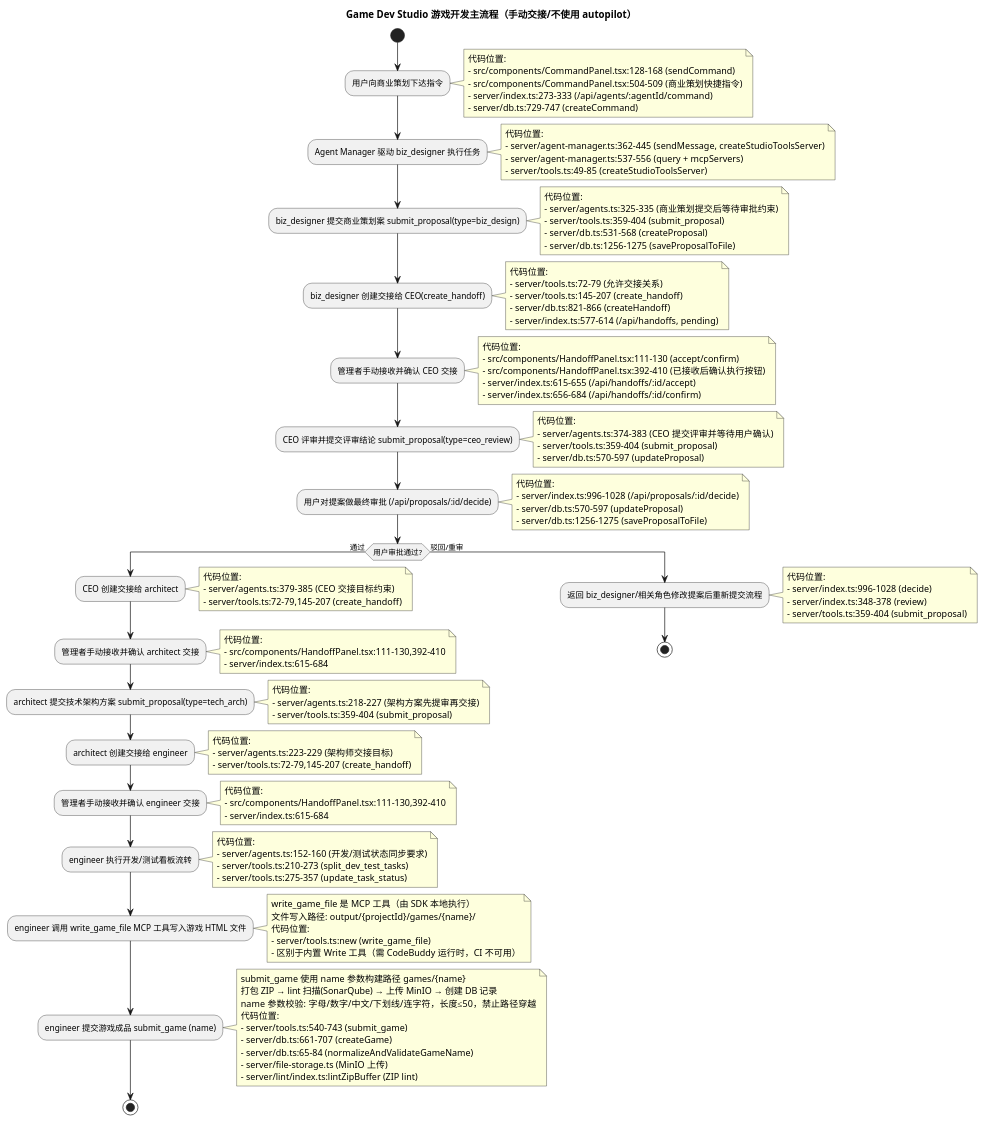
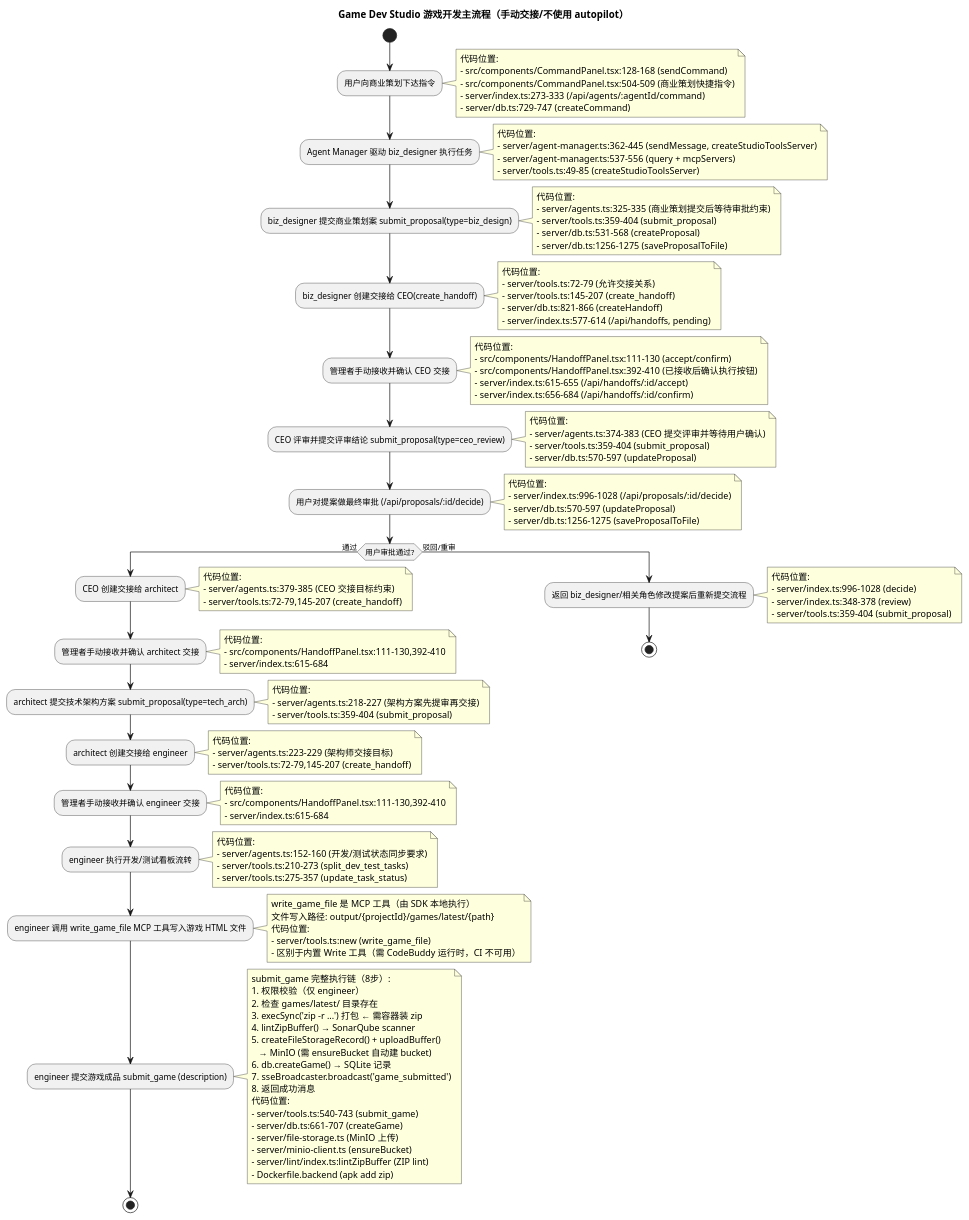
Before and after one commit to luoxiaojun1992/game-studio: the diagram in .agent/diagrams/game-dev-main-flow-manual-handoff.puml, drawn with PlantUML. The commit also changed 6 other files, not shown here.

First line of the commit message:
docs: update all docs, architecture diagrams, and sequence diagrams with latest fixes

```diff
--- a/.agent/diagrams/game-dev-main-flow-manual-handoff.puml
+++ b/.agent/diagrams/game-dev-main-flow-manual-handoff.puml
@@ -1,144 +1,152 @@
 @startuml
 title Game Dev Studio 游戏开发主流程（手动交接/不使用 autopilot）
 
 start
 
 :用户向商业策划下达指令;
 note right
   代码位置:
   - src/components/CommandPanel.tsx:128-168 (sendCommand)
   - src/components/CommandPanel.tsx:504-509 (商业策划快捷指令)
   - server/index.ts:273-333 (/api/agents/:agentId/command)
   - server/db.ts:729-747 (createCommand)
 end note
 
 :Agent Manager 驱动 biz_designer 执行任务;
 note right
   代码位置:
   - server/agent-manager.ts:362-445 (sendMessage, createStudioToolsServer)
   - server/agent-manager.ts:537-556 (query + mcpServers)
   - server/tools.ts:49-85 (createStudioToolsServer)
 end note
 
 :biz_designer 提交商业策划案 submit_proposal(type=biz_design);
 note right
   代码位置:
   - server/agents.ts:325-335 (商业策划提交后等待审批约束)
   - server/tools.ts:359-404 (submit_proposal)
   - server/db.ts:531-568 (createProposal)
   - server/db.ts:1256-1275 (saveProposalToFile)
 end note
 
 :biz_designer 创建交接给 CEO(create_handoff);
 note right
   代码位置:
   - server/tools.ts:72-79 (允许交接关系)
   - server/tools.ts:145-207 (create_handoff)
   - server/db.ts:821-866 (createHandoff)
   - server/index.ts:577-614 (/api/handoffs, pending)
 end note
 
 :管理者手动接收并确认 CEO 交接;
 note right
   代码位置:
   - src/components/HandoffPanel.tsx:111-130 (accept/confirm)
   - src/components/HandoffPanel.tsx:392-410 (已接收后确认执行按钮)
   - server/index.ts:615-655 (/api/handoffs/:id/accept)
   - server/index.ts:656-684 (/api/handoffs/:id/confirm)
 end note
 
 :CEO 评审并提交评审结论 submit_proposal(type=ceo_review);
 note right
   代码位置:
   - server/agents.ts:374-383 (CEO 提交评审并等待用户确认)
   - server/tools.ts:359-404 (submit_proposal)
   - server/db.ts:570-597 (updateProposal)
 end note
 
 :用户对提案做最终审批 (/api/proposals/:id/decide);
 note right
   代码位置:
   - server/index.ts:996-1028 (/api/proposals/:id/decide)
   - server/db.ts:570-597 (updateProposal)
   - server/db.ts:1256-1275 (saveProposalToFile)
 end note
 
 if (用户审批通过?) then (通过)
   :CEO 创建交接给 architect;
   note right
     代码位置:
     - server/agents.ts:379-385 (CEO 交接目标约束)
     - server/tools.ts:72-79,145-207 (create_handoff)
   end note
 
   :管理者手动接收并确认 architect 交接;
   note right
     代码位置:
     - src/components/HandoffPanel.tsx:111-130,392-410
     - server/index.ts:615-684
   end note
 
   :architect 提交技术架构方案 submit_proposal(type=tech_arch);
   note right
     代码位置:
     - server/agents.ts:218-227 (架构方案先提审再交接)
     - server/tools.ts:359-404 (submit_proposal)
   end note
 
   :architect 创建交接给 engineer;
   note right
     代码位置:
     - server/agents.ts:223-229 (架构师交接目标)
     - server/tools.ts:72-79,145-207 (create_handoff)
   end note
 
   :管理者手动接收并确认 engineer 交接;
   note right
     代码位置:
     - src/components/HandoffPanel.tsx:111-130,392-410
     - server/index.ts:615-684
   end note
 
   :engineer 执行开发/测试看板流转;
   note right
     代码位置:
     - server/agents.ts:152-160 (开发/测试状态同步要求)
     - server/tools.ts:210-273 (split_dev_test_tasks)
     - server/tools.ts:275-357 (update_task_status)
   end note
 
   :engineer 调用 write_game_file MCP 工具写入游戏 HTML 文件;
   note right
     write_game_file 是 MCP 工具（由 SDK 本地执行）
-    文件写入路径: output/{projectId}/games/{name}/
+    文件写入路径: output/{projectId}/games/latest/{path}
     代码位置:
     - server/tools.ts:new (write_game_file)
     - 区别于内置 Write 工具（需 CodeBuddy 运行时，CI 不可用）
   end note
 
-  :engineer 提交游戏成品 submit_game (name);
+  :engineer 提交游戏成品 submit_game (description);
   note right
-    submit_game 使用 name 参数构建路径 games/{name}
-    打包 ZIP → lint 扫描(SonarQube) → 上传 MinIO → 创建 DB 记录
-    name 参数校验: 字母/数字/中文/下划线/连字符，长度≤50，禁止路径穿越
+    submit_game 完整执行链（8步）:
+    1. 权限校验（仅 engineer）
+    2. 检查 games/latest/ 目录存在
+    3. execSync('zip -r ...') 打包 ← 需容器装 zip
+    4. lintZipBuffer() → SonarQube scanner
+    5. createFileStorageRecord() + uploadBuffer()
+       → MinIO (需 ensureBucket 自动建 bucket)
+    6. db.createGame() → SQLite 记录
+    7. sseBroadcaster.broadcast('game_submitted')
+    8. 返回成功消息
     代码位置:
     - server/tools.ts:540-743 (submit_game)
     - server/db.ts:661-707 (createGame)
-    - server/db.ts:65-84 (normalizeAndValidateGameName)
     - server/file-storage.ts (MinIO 上传)
+    - server/minio-client.ts (ensureBucket)
     - server/lint/index.ts:lintZipBuffer (ZIP lint)
+    - Dockerfile.backend (apk add zip)
   end note
 
   stop
 else (驳回/重审)
   :返回 biz_designer/相关角色修改提案后重新提交流程;
   note right
     代码位置:
     - server/index.ts:996-1028 (decide)
     - server/index.ts:348-378 (review)
     - server/tools.ts:359-404 (submit_proposal)
   end note
   stop
 endif
 
 @enduml
```
